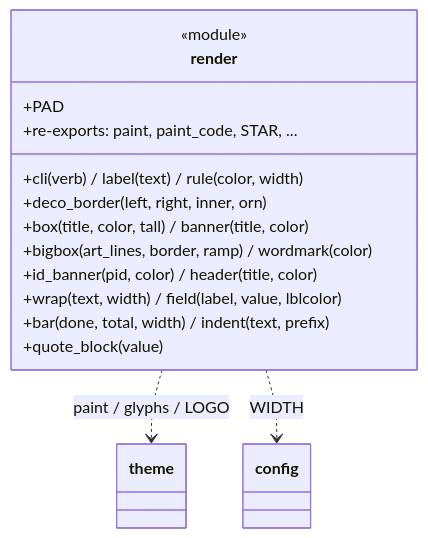
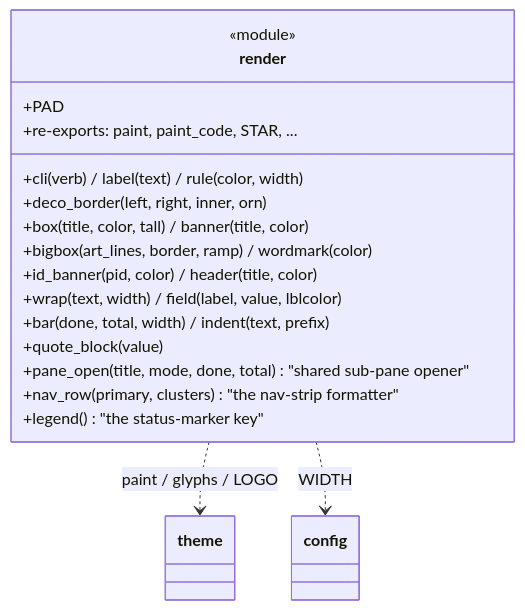
Before and after one commit to N041M/PyQuest: the third of 4 diagrams in docs/architecture/visuals.md, drawn with Mermaid. The commit also changed other lines of this file and 11 other files, not shown here.

First line of the commit message:
Unify navigation panes behind a shared nav strip and opener

````diff
--- a/docs/architecture/visuals.md
+++ b/docs/architecture/visuals.md
@@ -51,18 +51,21 @@
 ```mermaid
 classDiagram
     class render {
         <<module>>
         +PAD
         +cli(verb) / label(text) / rule(color, width)
         +deco_border(left, right, inner, orn)
         +box(title, color, tall) / banner(title, color)
         +bigbox(art_lines, border, ramp) / wordmark(color)
         +id_banner(pid, color) / header(title, color)
         +wrap(text, width) / field(label, value, lblcolor)
         +bar(done, total, width) / indent(text, prefix)
         +quote_block(value)
+        +pane_open(title, mode, done, total)  "shared sub-pane opener"
+        +nav_row(primary, clusters)  "the nav-strip formatter"
+        +legend()  "the status-marker key"
         +re-exports: paint, paint_code, STAR, ...
     }
     render ..> theme : paint / glyphs / LOGO
     render ..> config : WIDTH
 ```
````
